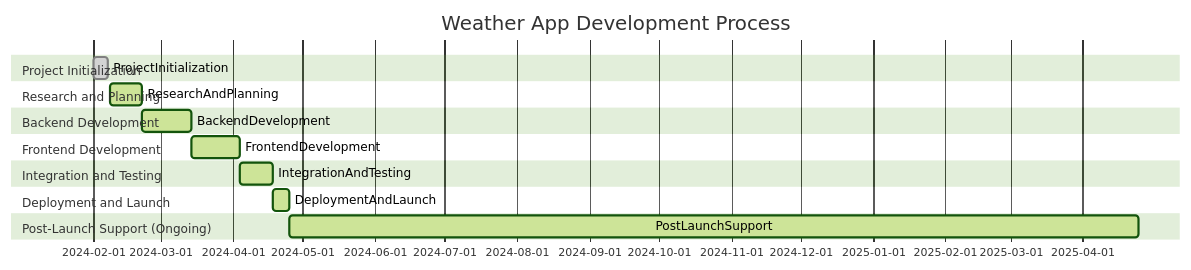
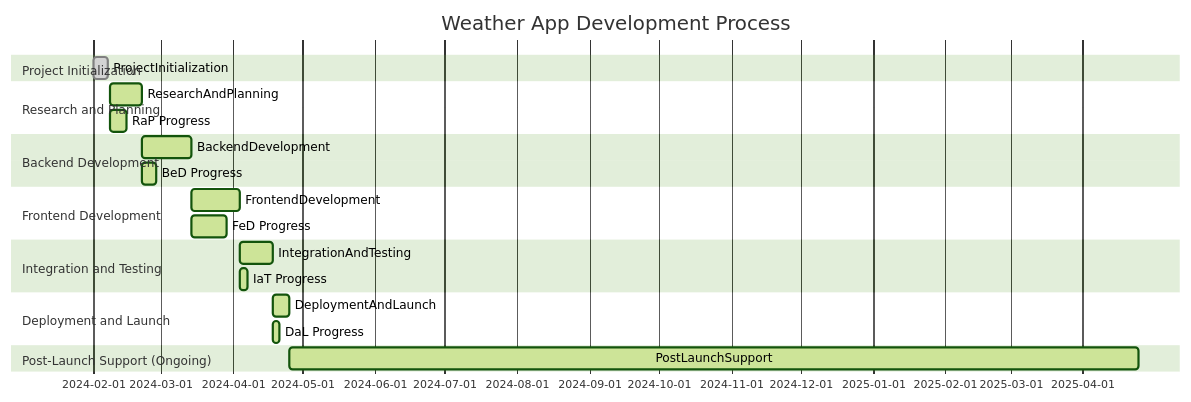
One commit to Rayruiw/weather-project changed the diagram in README.md. Above: the diagram before and after it, drawn with Mermaid (forest theme).

````diff
--- a/README.md
+++ b/README.md
@@ -76,26 +76,31 @@
  ```mermaid
  gantt
     title Weather App Development Process
-    dateFormat  YYYY-MM-DD
+    dateFormat YYYY-MM-DD
 
     section Project Initialization
-    ProjectInitialization   : done, Project Initialization, 2024-02-01, 2024-02-07
+    ProjectInitialization : done, Project Initialization, 2024-02-01, 2024-02-07
 
     section Research and Planning
-    ResearchAndPlanning      : active, Research and Planning, 2024-02-08, 14d
+    ResearchAndPlanning : active, Research and Planning, 2024-02-08, 14d
+    RaP Progress: active, RaP Progress (50%), 2024-02-08, 7d
 
     section Backend Development
-    BackendDevelopment       : active, Backend Development, 2024-02-22, 21d
+    BackendDevelopment : active, Backend Development, 2024-02-22, 21d
+    BeD Progress : active, BeD Progress (30%), 2024-02-22, 6d
 
     section Frontend Development
-    FrontendDevelopment      : active, Frontend Development, 2024-03-14, 21d
+    FrontendDevelopment : active, Frontend Development, 2024-03-14, 21d
+    FeD Progress : active, FeD Progress (70%), 2024-03-14, 15d
 
     section Integration and Testing
-    IntegrationAndTesting    : active, Integration and Testing, 2024-04-04, 14d
+    IntegrationAndTesting : active, Integration and Testing, 2024-04-04, 14d
+    IaT Progress : active, IaT Progress (20%), 2024-04-04, 3d
 
     section Deployment and Launch
-    DeploymentAndLaunch      : active, Deployment and Launch, 2024-04-18, 7d
+    DeploymentAndLaunch : active, Deployment and Launch, 2024-04-18, 7d
+    DaL Progress : active, DaL Progress (40%), 2024-04-18, 3d
 
     section Post-Launch Support (Ongoing)
-    PostLaunchSupport        : active, Post-Launch Support, 2024-04-25, 365d
+    PostLaunchSupport : active, Post-Launch Support, 2024-04-25, 365d
 ```
````
